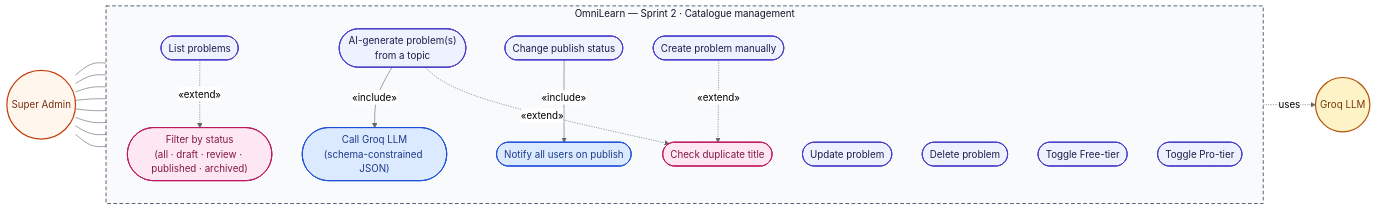
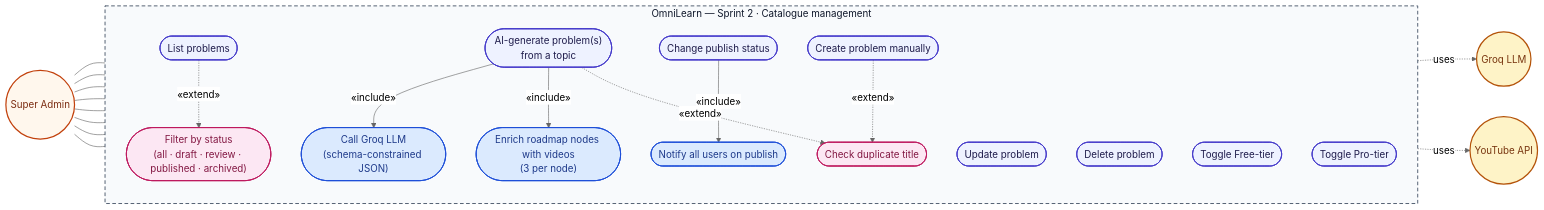
Before and after one commit to MaizaAymen/OmniLearn: the second of 9 diagrams in docs/06_chapitre4_sprint2.md, drawn with Mermaid.

````diff
--- a/docs/06_chapitre4_sprint2.md
+++ b/docs/06_chapitre4_sprint2.md
@@ -244,57 +244,61 @@
 ```mermaid
 %%{init: {"theme":"neutral"} }%%
 flowchart LR
   classDef actor fill:#fff7ed,stroke:#c2410c,stroke-width:2px,color:#7c2d12
   classDef ext   fill:#fef3c7,stroke:#b45309,stroke-width:2px,color:#78350f
   classDef uc    fill:#eef2ff,stroke:#4338ca,stroke-width:1.5px,color:#1e1b4b
   classDef inc   fill:#dbeafe,stroke:#1d4ed8,stroke-width:1.5px,color:#1e3a8a
   classDef ex    fill:#fce7f3,stroke:#be185d,stroke-width:1.5px,color:#831843
   classDef sys   fill:#f8fafc,stroke:#475569,stroke-width:1.5px,stroke-dasharray:6 4,color:#0f172a
 
   Admin((Super Admin)):::actor
   Groq(("Groq LLM")):::ext
+  YT(("YouTube API")):::ext
 
   subgraph S["OmniLearn — Sprint 2 · Catalogue management"]
     direction TB
 
     Browse(["List problems"]):::uc
     Filter(["Filter by status<br/>(all · draft · review · published · archived)"]):::ex
     Dup(["Check duplicate title"]):::ex
 
     Create(["Create problem manually"]):::uc
     AIGen(["AI-generate problem(s)<br/>from a topic"]):::uc
     LLM(["Call Groq LLM<br/>(schema-constrained JSON)"]):::inc
+    Vids(["Enrich roadmap nodes with videos<br/>(3 per node)"]):::inc
 
     Update(["Update problem"]):::uc
     Delete(["Delete problem"]):::uc
 
     Pub(["Change publish status"]):::uc
     Notify(["Notify all users on publish"]):::inc
 
     Free(["Toggle Free-tier"]):::uc
     Pro(["Toggle Pro-tier"]):::uc
   end
   class S sys
 
   %% ── Actor associations ─────────────────────
   Admin --- Browse
   Admin --- Create
   Admin --- AIGen
   Admin --- Update
   Admin --- Delete
   Admin --- Pub
   Admin --- Free
   Admin --- Pro
 
   %% ── «include» ──────────────────────────────
   AIGen -- "«include»" --> LLM
+  AIGen -- "«include»" --> Vids
   Pub   -- "«include»" --> Notify
 
   %% ── «extend» ───────────────────────────────
   Browse -. "«extend»" .-> Filter
   Create -. "«extend»" .-> Dup
   AIGen  -. "«extend»" .-> Dup
 
-  %% ── External actor ────────────────────────
+  %% ── External actors ───────────────────────
   LLM    -. uses .-> Groq
+  Vids   -. uses .-> YT
 ```
````
